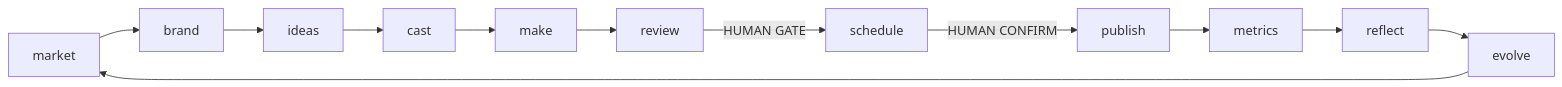
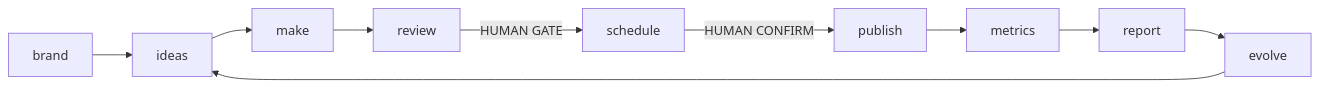
One commit to simpletibr/simplicio-videos changed the third of 3 diagrams in docs/factory/README.md. Above: the diagram before and after it, drawn with Mermaid. The commit also changed other lines of this file and 12 other files, not shown here.

````diff
--- a/docs/factory/README.md
+++ b/docs/factory/README.md
@@ -60,6 +104,6 @@
 ```mermaid
 flowchart LR
-  market --> brand --> ideas --> cast --> make --> review
+  brand --> ideas --> make --> review
   review -->|HUMAN GATE| schedule
-  schedule -->|HUMAN CONFIRM| publish --> metrics --> reflect --> evolve --> market
+  schedule -->|HUMAN CONFIRM| publish --> metrics --> report --> evolve --> ideas
 ```
````
